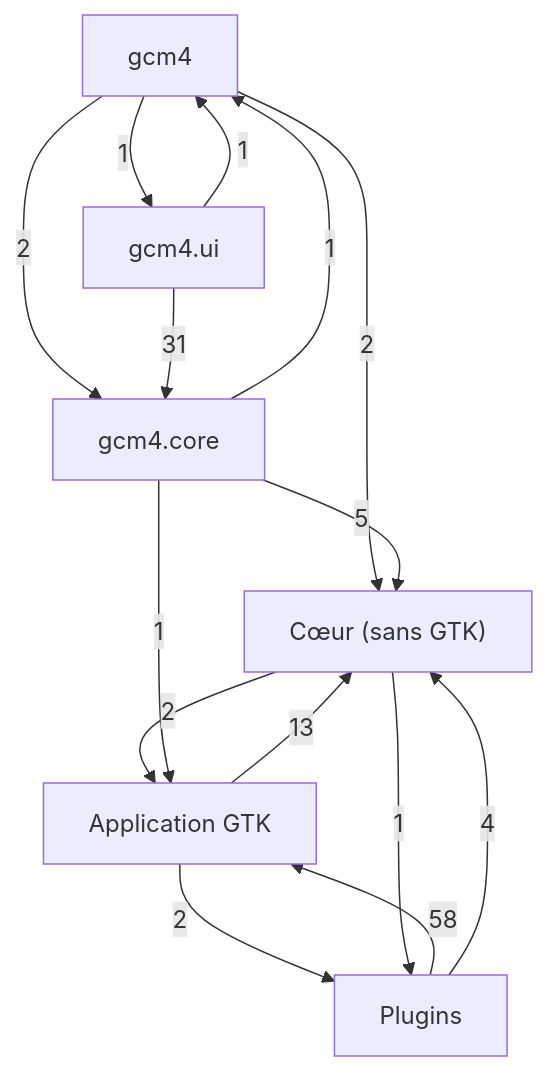
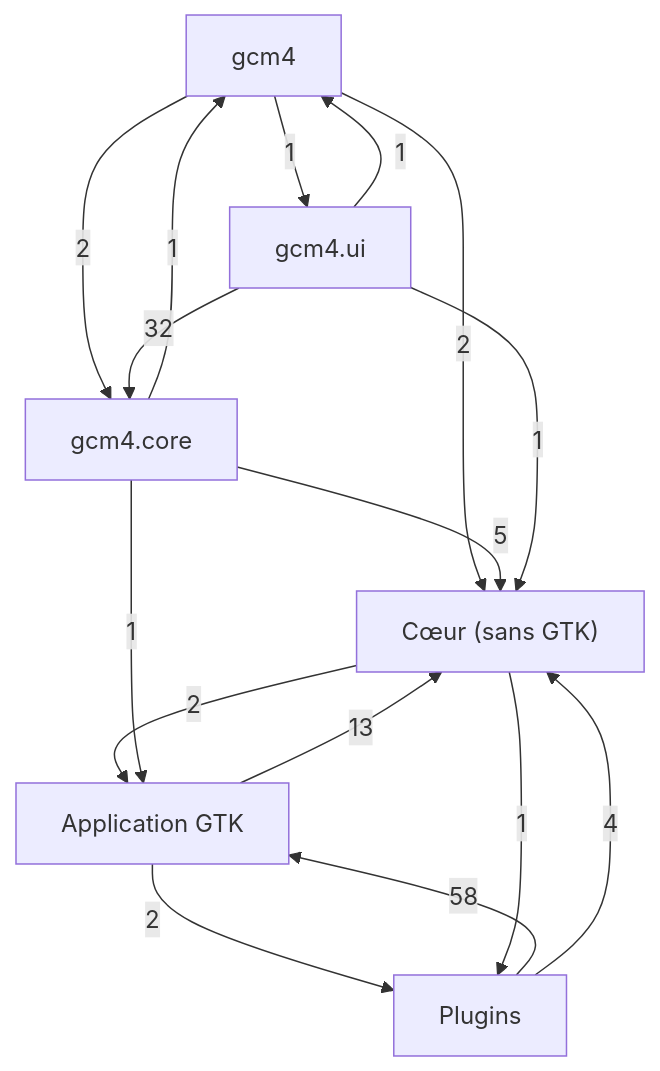
The first of 7 diagrams in docs/class-diagram.md (Mathide-Team/Gcm4), drawn with Mermaid before and after one commit. The commit also changed other lines of this file and 71 other files, not shown here.

````diff
--- a/docs/class-diagram.md
+++ b/docs/class-diagram.md
@@ -21,23 +21,24 @@
 ```mermaid
 flowchart TD
     g0["Cœur (sans GTK)"]
     g1["Application GTK"]
     g2["Plugins"]
     g3["gcm4"]
     g4["gcm4.core"]
     g5["gcm4.ui"]
     g1 -->|13| g0
     g1 -->|2| g2
     g0 -->|2| g1
     g0 -->|1| g2
     g2 -->|58| g1
     g2 -->|4| g0
     g3 -->|2| g0
     g3 -->|2| g4
     g3 -->|1| g5
     g4 -->|1| g1
     g4 -->|5| g0
     g4 -->|1| g3
+    g5 -->|1| g0
     g5 -->|1| g3
-    g5 -->|31| g4
+    g5 -->|32| g4
 ```
````
